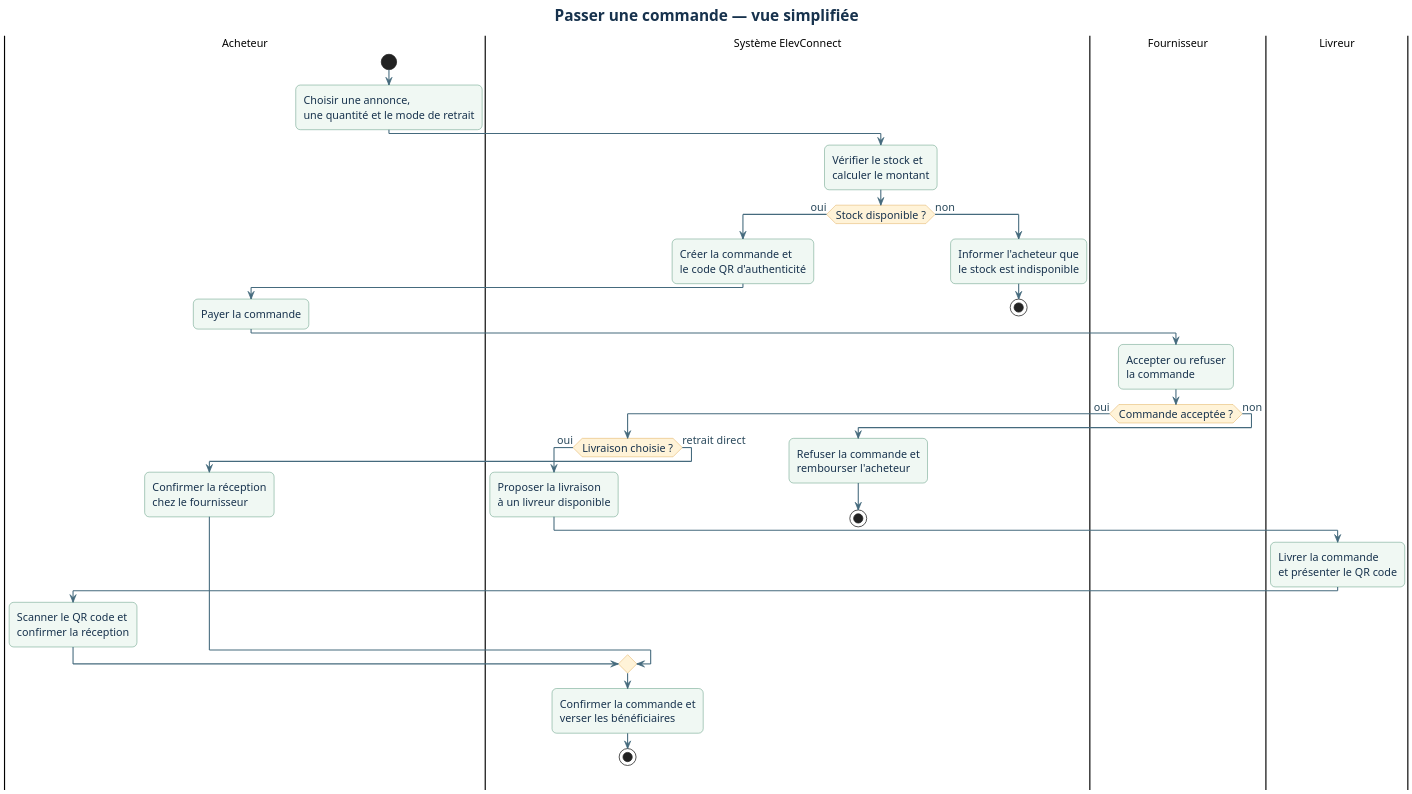
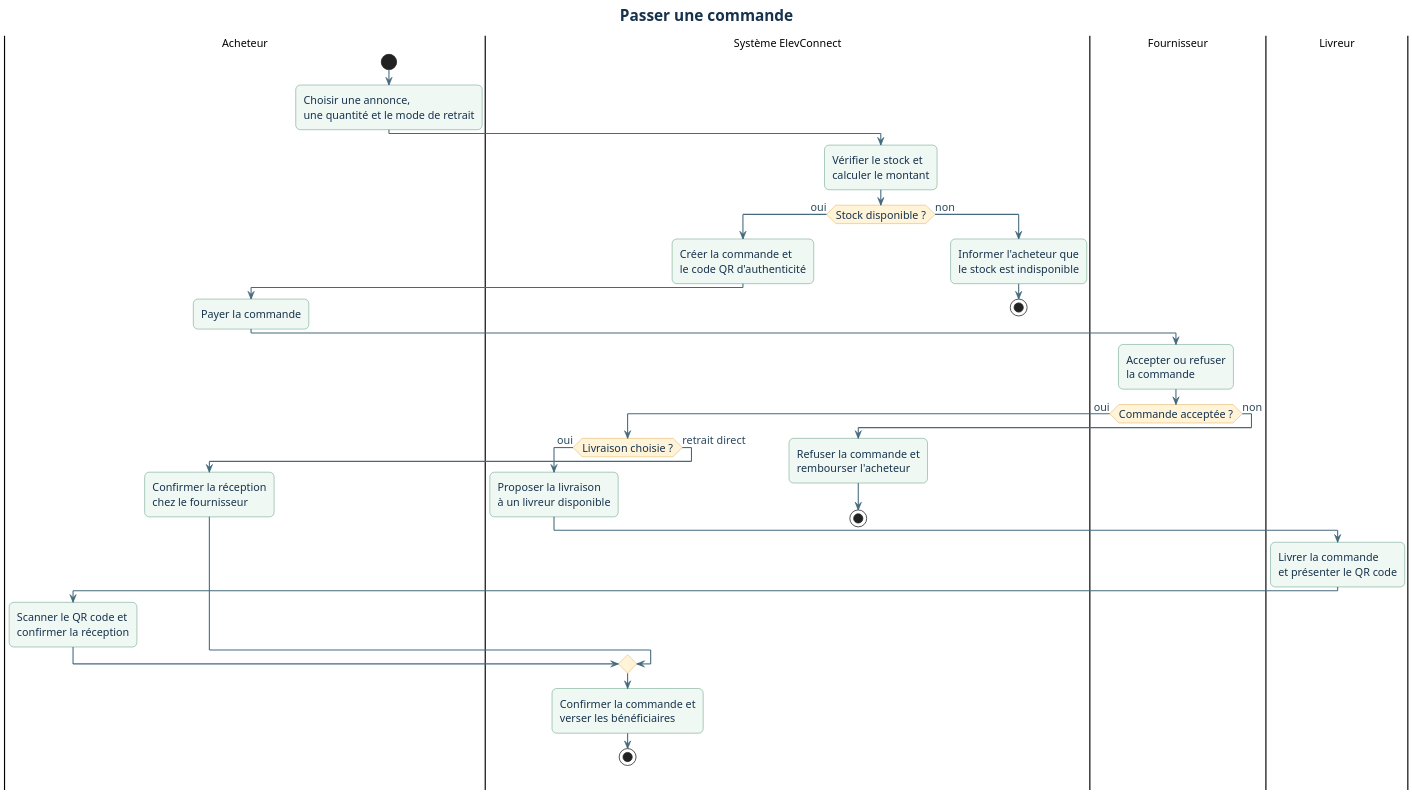
One commit to agoglodan-antoine/agoglodan-et-lassissou changed the diagram in docs/diagrammes.puml/act_passer_commande.puml. Above: the diagram before and after it, drawn with PlantUML. The commit also changed 76 other files, not shown here.

Commit message:
Mise à jour des diagrammes pour être plus simple

```diff
--- a/docs/diagrammes.puml/act_passer_commande.puml
+++ b/docs/diagrammes.puml/act_passer_commande.puml
@@ -1,100 +1,100 @@
 @startuml act_passer_commande
 ' Style commun — diagrammes ElevConnect
 ' SVG : format vectoriel net à toute taille. PNG : export haute définition.
 skinparam backgroundColor #FFFFFF
 skinparam dpi 180
 skinparam shadowing false
 skinparam roundcorner 12
 skinparam linetype ortho
 skinparam defaultFontName SansSerif
 skinparam defaultFontSize 14
 skinparam TitleFontName SansSerif
 skinparam TitleFontSize 20
 skinparam TitleFontColor #17324D
 skinparam ArrowColor #456A7D
 skinparam ArrowFontColor #29485B
 skinparam ArrowThickness 1.4
 skinparam NoteBackgroundColor #FFF8E8
 skinparam NoteBorderColor #E5AE45
 skinparam NoteFontColor #5B481E
 skinparam PackageBorderColor #9AB7A7
 skinparam PackageBackgroundColor #F4FAF6
 skinparam PackageFontColor #1F5B43
 skinparam PackageFontStyle bold
 skinparam ActivityBackgroundColor #F0F8F3
 skinparam ActivityBorderColor #2F7D5B
 skinparam ActivityFontColor #17324D
 skinparam ActivityDiamondBackgroundColor #FFF3D8
 skinparam ActivityDiamondBorderColor #D8952F
 skinparam ActivityBarColor #2F7D5B
 skinparam ClassBackgroundColor #FFFFFF
 skinparam ClassBorderColor #2F7D5B
 skinparam ClassHeaderBackgroundColor #E4F3EA
 skinparam ClassFontColor #17324D
 skinparam EntityBackgroundColor #FFFFFF
 skinparam EntityBorderColor #2F7D5B
 skinparam EntityFontColor #17324D
 skinparam StateBackgroundColor #EDF7F1
 skinparam StateBorderColor #2F7D5B
 skinparam StateFontColor #17324D
 skinparam UsecaseBackgroundColor #EAF4F8
 skinparam UsecaseBorderColor #3E7490
 skinparam UsecaseFontColor #17324D
 skinparam SequenceLifeLineBorderColor #9CB4C1
 skinparam SequenceLifeLineBackgroundColor #FFFFFF
 skinparam SequenceParticipantBackgroundColor #EAF4F8
 skinparam SequenceParticipantBorderColor #3E7490
 skinparam SequenceActorBackgroundColor #FFFFFF
 skinparam SequenceActorBorderColor #2F7D5B
 skinparam SequenceGroupBackgroundColor #F7FBFD
 skinparam SequenceGroupBorderColor #9CB4C1
 
-title Passer une commande — vue simplifiée
+title Passer une commande 
 
 |Acheteur|
 start
 :Choisir une annonce,
 une quantité et le mode de retrait;
 |Système ElevConnect|
 :Vérifier le stock et
 calculer le montant;
 if (Stock disponible ?) then (oui)
   :Créer la commande et
 le code QR d'authenticité;
   |Acheteur|
   :Payer la commande;
   |Fournisseur|
   :Accepter ou refuser
 la commande;
   if (Commande acceptée ?) then (oui)
     |Système ElevConnect|
     if (Livraison choisie ?) then (oui)
       :Proposer la livraison
 à un livreur disponible;
       |Livreur|
       :Livrer la commande
 et présenter le QR code;
       |Acheteur|
       :Scanner le QR code et
 confirmer la réception;
     else (retrait direct)
       |Acheteur|
       :Confirmer la réception
 chez le fournisseur;
     endif
     |Système ElevConnect|
     :Confirmer la commande et
 verser les bénéficiaires;
     stop
   else (non)
     |Système ElevConnect|
     :Refuser la commande et
 rembourser l'acheteur;
     stop
   endif
 else (non)
   :Informer l'acheteur que
 le stock est indisponible;
   stop
 endif
 @enduml
```
